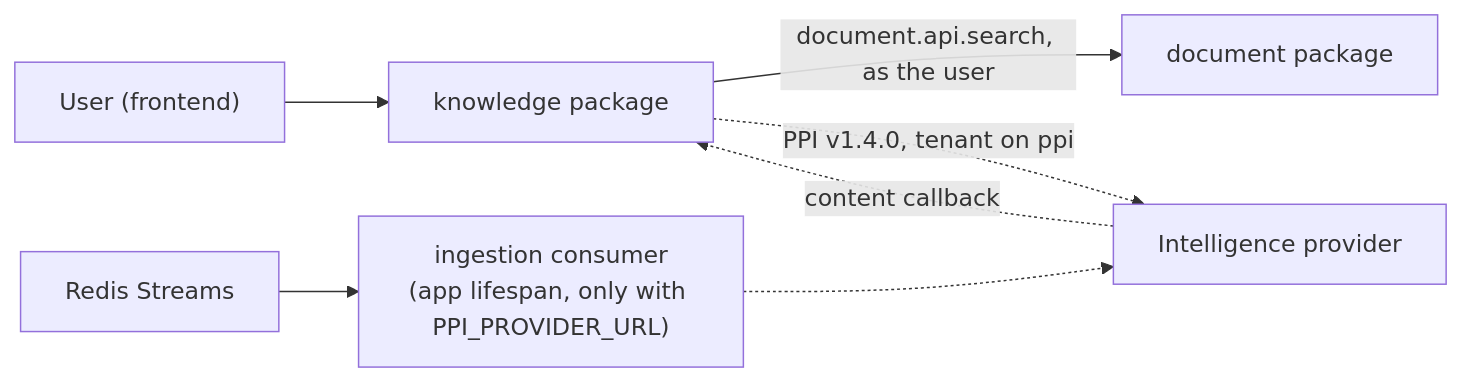
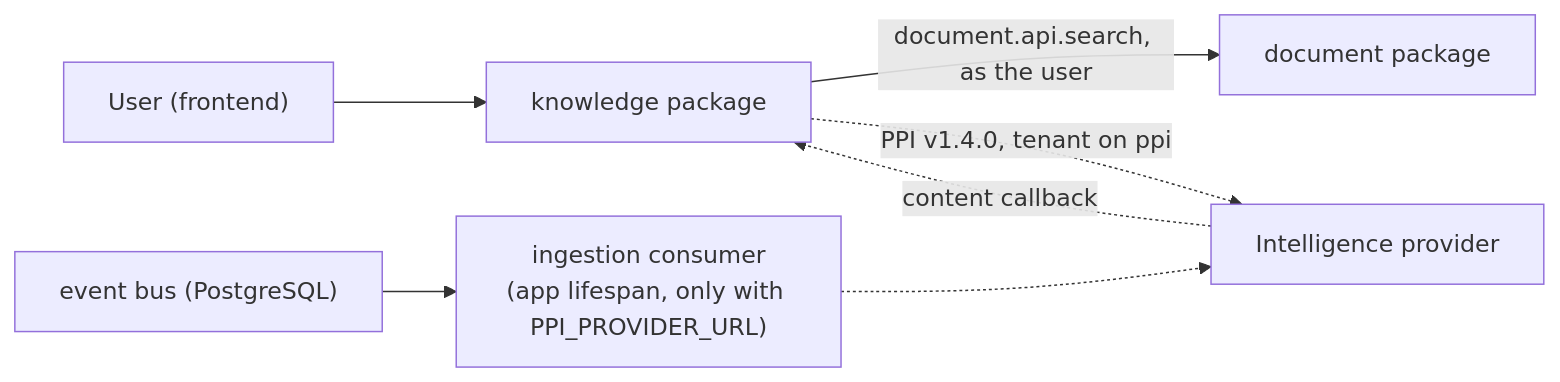
The fifth of 5 diagrams in ARCHITECTURE.md (camilo1rp/docuboto), drawn with Mermaid before and after one commit. The commit also changed other lines of this file and 41 other files, not shown here.

````diff
--- a/ARCHITECTURE.md
+++ b/ARCHITECTURE.md
@@ -407,8 +405,8 @@
 ```mermaid
 graph LR
     U["User (frontend)"] --> K["knowledge package"]
     K -->|"document.api.search, as the user"| DOC["document package"]
     K -.->|"PPI v1.4.0, tenant on ppi"| P["Intelligence provider"]
-    Q["Redis Streams"] --> C["ingestion consumer<br/>(app lifespan, only with PPI_PROVIDER_URL)"] -.-> P
+    Q["event bus (PostgreSQL)"] --> C["ingestion consumer<br/>(app lifespan, only with PPI_PROVIDER_URL)"] -.-> P
     P -.->|"content callback"| K
 ```
````
